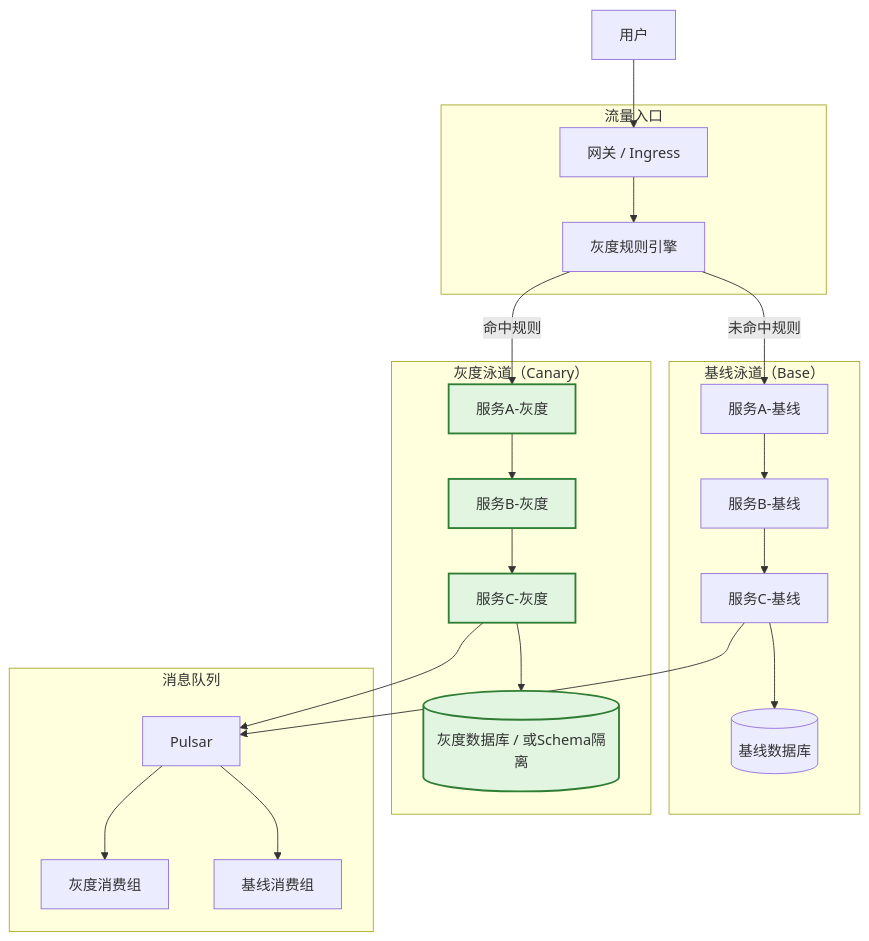
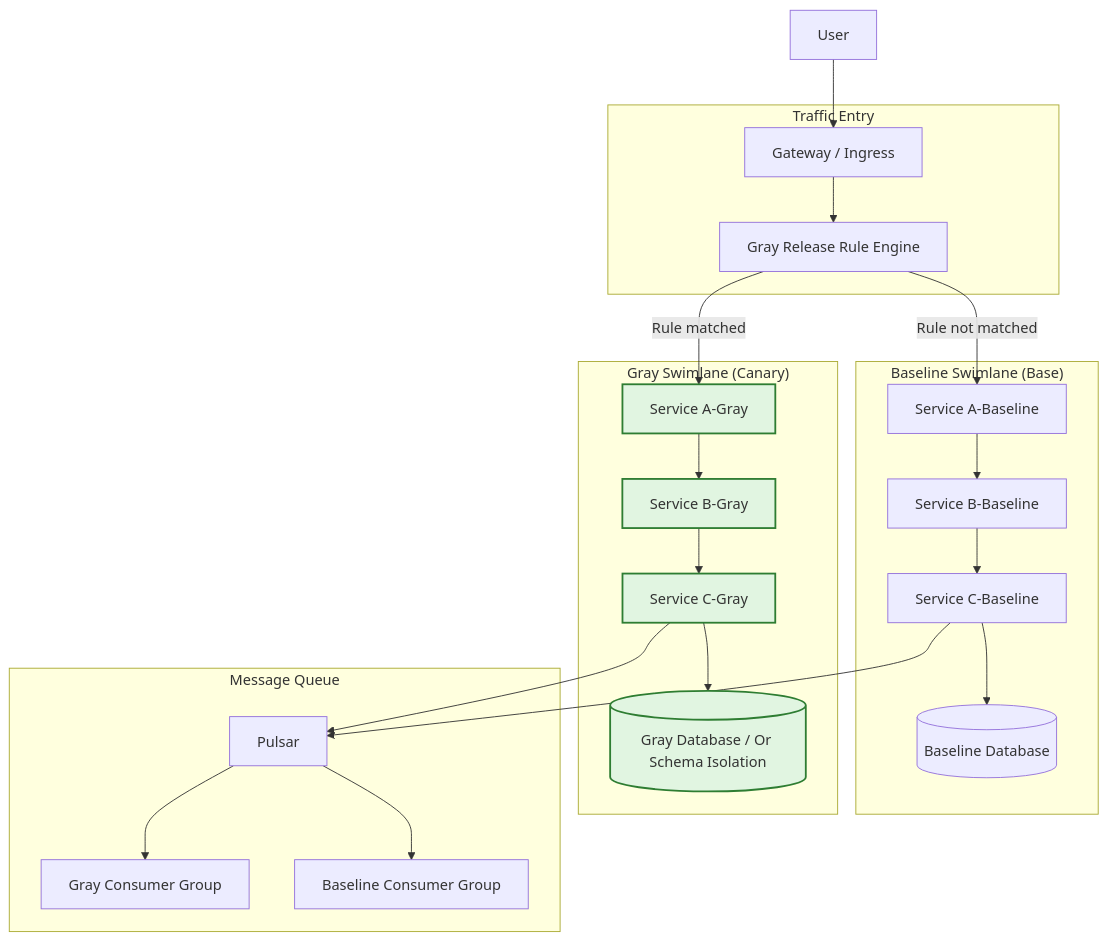
Before and after one commit to Kirky-X/cangjie: the fifth of 9 diagrams in templates/产品/交付层/【模板】灰度方案.md, drawn with Mermaid. The commit also changed other lines of this file and 60 other files, not shown here.

````diff
--- a/templates/产品/交付层/【模板】灰度方案.md
+++ b/templates/产品/交付层/【模板】灰度方案.md
@@ -228,43 +228,43 @@
 ```mermaid
 graph TB
-    subgraph "流量入口"
-        GW["网关 / Ingress"]
-        RULE["灰度规则引擎"]
+    subgraph "Traffic Entry"
+        GW["Gateway / Ingress"]
+        RULE["Gray Release Rule Engine"]
     end
 
-    subgraph "基线泳道（Base）"
-        B1["服务A-基线"]
-        B2["服务B-基线"]
-        B3["服务C-基线"]
-        B_DB[("基线数据库")]
+    subgraph "Baseline Swimlane (Base)"
+        B1["Service A-Baseline"]
+        B2["Service B-Baseline"]
+        B3["Service C-Baseline"]
+        B_DB[("Baseline Database")]
     end
 
-    subgraph "灰度泳道（Canary）"
-        C1["服务A-灰度"]
-        C2["服务B-灰度"]
-        C3["服务C-灰度"]
-        C_DB[("灰度数据库 / 或Schema隔离")]
+    subgraph "Gray Swimlane (Canary)"
+        C1["Service A-Gray"]
+        C2["Service B-Gray"]
+        C3["Service C-Gray"]
+        C_DB[("Gray Database / Or Schema Isolation")]
     end
 
-    subgraph "消息队列"
+    subgraph "Message Queue"
         MQ["Pulsar"]
-        MQ_GRAY["灰度消费组"]
-        MQ_BASE["基线消费组"]
+        MQ_GRAY["Gray Consumer Group"]
+        MQ_BASE["Baseline Consumer Group"]
     end
 
-    U[用户] --> GW
+    U[User] --> GW
     GW --> RULE
-    RULE -->|未命中规则| B1
-    RULE -->|命中规则| C1
+    RULE -->|Rule not matched| B1
+    RULE -->|Rule matched| C1
 
     B1 --> B2 --> B3 --> B_DB
     C1 --> C2 --> C3 --> C_DB
 
     B3 --> MQ --> MQ_BASE
     C3 --> MQ --> MQ_GRAY
 
     style C1 fill:#e1f5e1,stroke:#2e7d32,stroke-width:2px
     style C2 fill:#e1f5e1,stroke:#2e7d32,stroke-width:2px
     style C3 fill:#e1f5e1,stroke:#2e7d32,stroke-width:2px
     style C_DB fill:#e1f5e1,stroke:#2e7d32,stroke-width:2px
 ```
````
